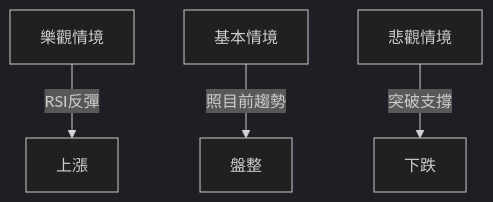
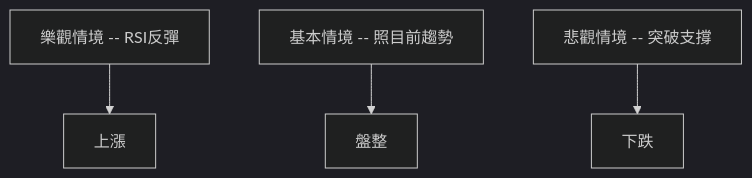
One commit to yennanliu/finance_data changed the tenth of 10 diagrams in ai_gen_report/stock/avav/technical_analysis_2026-05-12_openai.md. Above: the diagram before and after it, drawn with Mermaid (dark theme). The commit also changed other lines of this file and 2258 other files, not shown here.

First line of the commit message:
chore: backfill Mermaid syntax repair across existing reports

````diff
--- a/ai_gen_report/stock/avav/technical_analysis_2026-05-12_openai.md
+++ b/ai_gen_report/stock/avav/technical_analysis_2026-05-12_openai.md
@@ -400,6 +400,6 @@
 ```mermaid
 graph TD
-    樂觀情境 -- RSI反彈 --> 上漲
-    基本情境 -- 照目前趨勢 --> 盤整
-    悲觀情境 -- 突破支撐 --> 下跌
+    nb1["樂觀情境 -- RSI反彈"] --> 上漲
+    nb2["基本情境 -- 照目前趨勢"] --> 盤整
+    nb3["悲觀情境 -- 突破支撐"] --> 下跌
 ```
````
